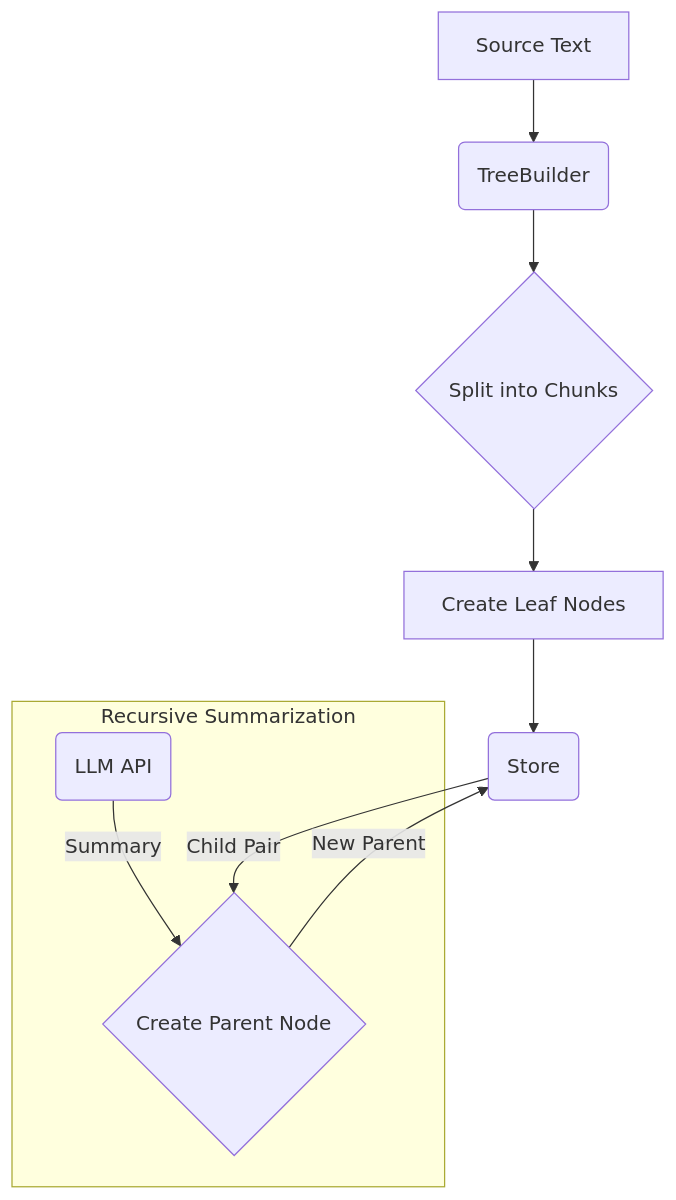
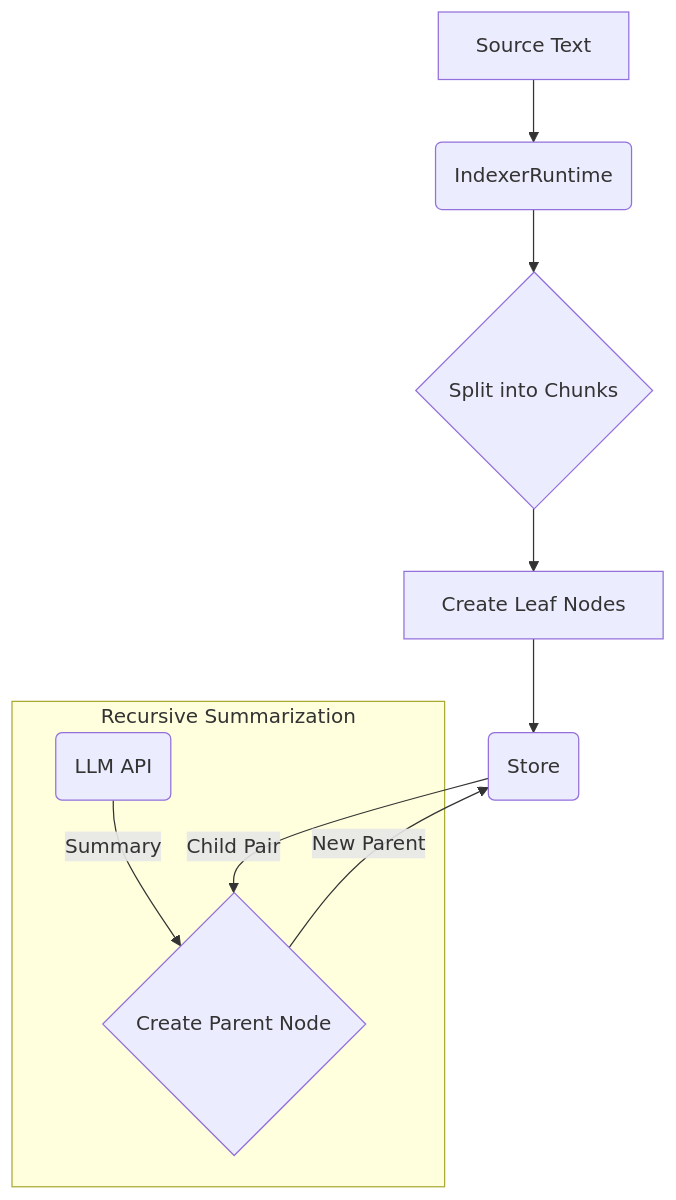
The first of 2 diagrams in docs/architecture.md (eumemic/dynamic-summary), drawn with Mermaid before and after one commit. The commit also changed other lines of this file and 5 other files, not shown here.

First line of the commit message:
Update documentation to reflect TreeBuilder removal

````diff
--- a/docs/architecture.md
+++ b/docs/architecture.md
@@ -70,12 +70,12 @@
 ```mermaid
 graph TD;
-    A[Source Text] --> B(TreeBuilder);
+    A[Source Text] --> B(IndexerRuntime);
     B --> C{Split into Chunks};
     C --> D[Create Leaf Nodes];
     D --> E(Store);
     subgraph Recursive Summarization
         F(LLM API) -- Summary --> G{Create Parent Node};
     end
     E -- Child Pair --> G;
     G -- New Parent --> E;
 ```
````
